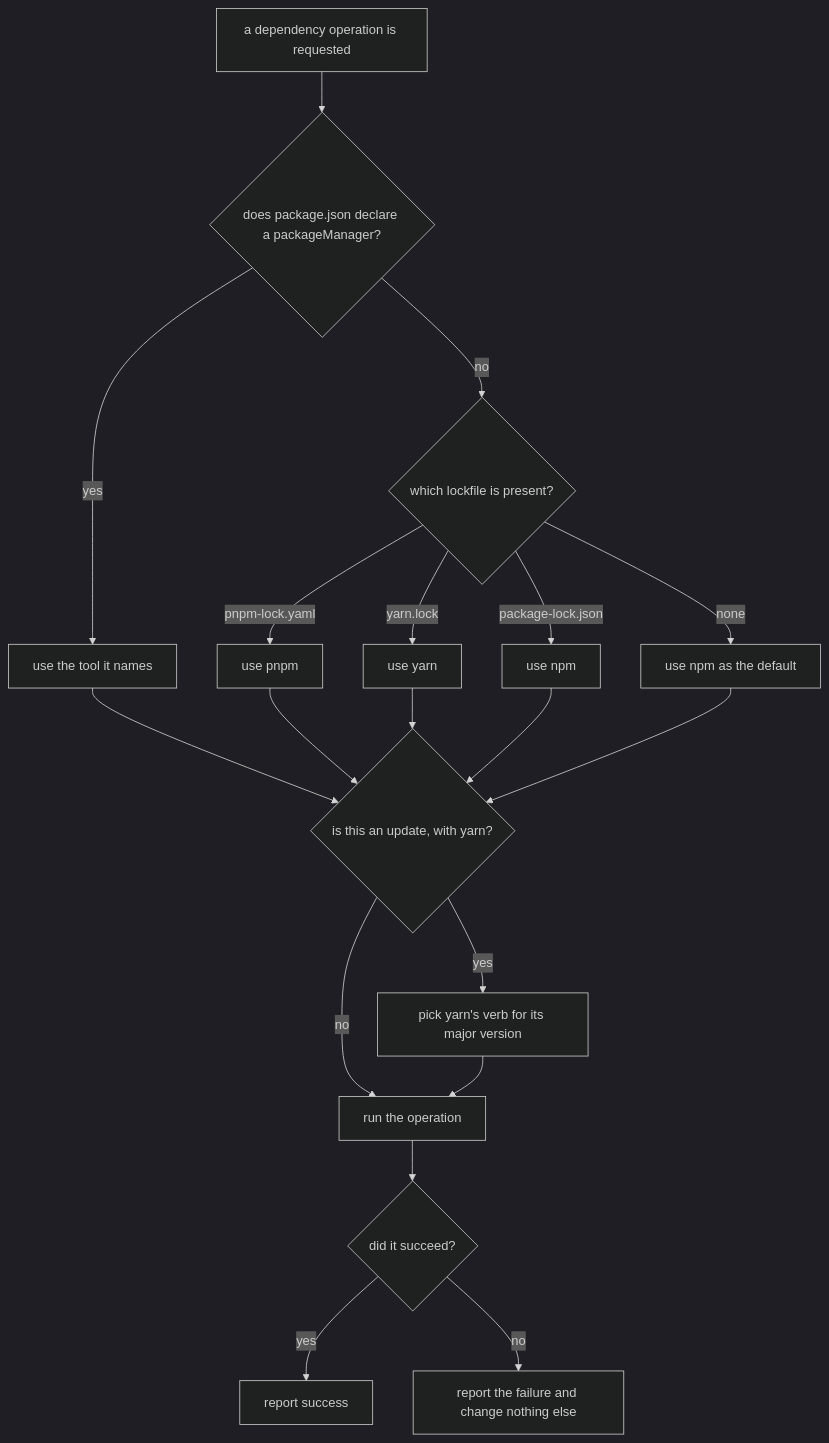
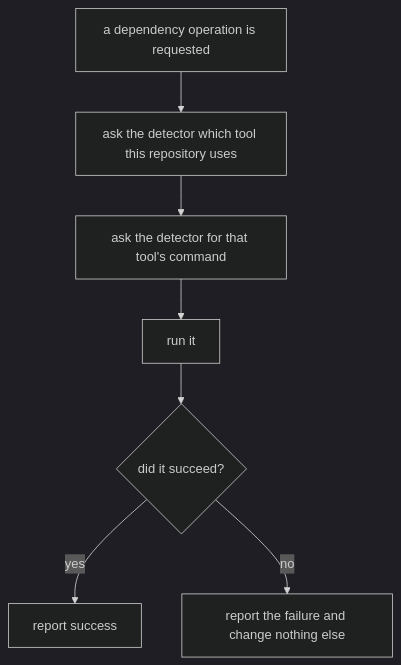
Before and after one commit to repobuddy/repobuddy: the diagram in packages/buddy/.agents/spec/plugin-management/package-manager/README.md, drawn with Mermaid (dark theme). The commit also changed other lines of this file and 5 other files, not shown here.

First line of the commit message:
docs(buddy): delegate package-manager detection to package-manager-detector

````diff
--- a/packages/buddy/.agents/spec/plugin-management/package-manager/README.md
+++ b/packages/buddy/.agents/spec/plugin-management/package-manager/README.md
@@ -61,21 +43,9 @@
 ```mermaid
 graph TD
-    A[a dependency operation is requested] --> B{does package.json declare a packageManager?}
-    B -->|yes| B1[use the tool it names]
-    B -->|no| C{which lockfile is present?}
-    C -->|pnpm-lock.yaml| C1[use pnpm]
-    C -->|yarn.lock| C2[use yarn]
-    C -->|package-lock.json| C3[use npm]
-    C -->|none| C4[use npm as the default]
-    B1 --> V
-    C1 --> V
-    C2 --> V
-    C3 --> V
-    C4 --> V
-    V{is this an update, with yarn?} -->|no| D[run the operation]
-    V -->|yes| V1[pick yarn's verb for its major version]
-    V1 --> D
+    A[a dependency operation is requested] --> B[ask the detector which tool this repository uses]
+    B --> C[ask the detector for that tool's command]
+    C --> D[run it]
     D --> E{did it succeed?}
     E -->|yes| E1[report success]
     E -->|no| E2[report the failure and change nothing else]
 ```
````
